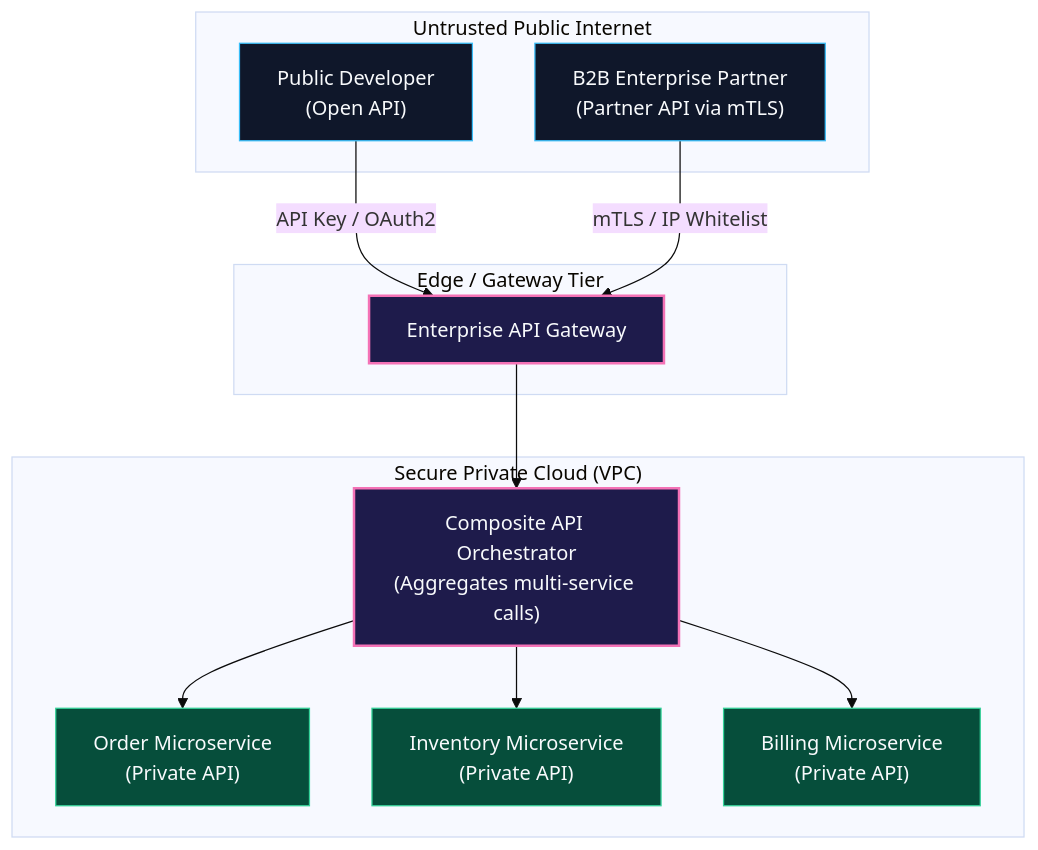
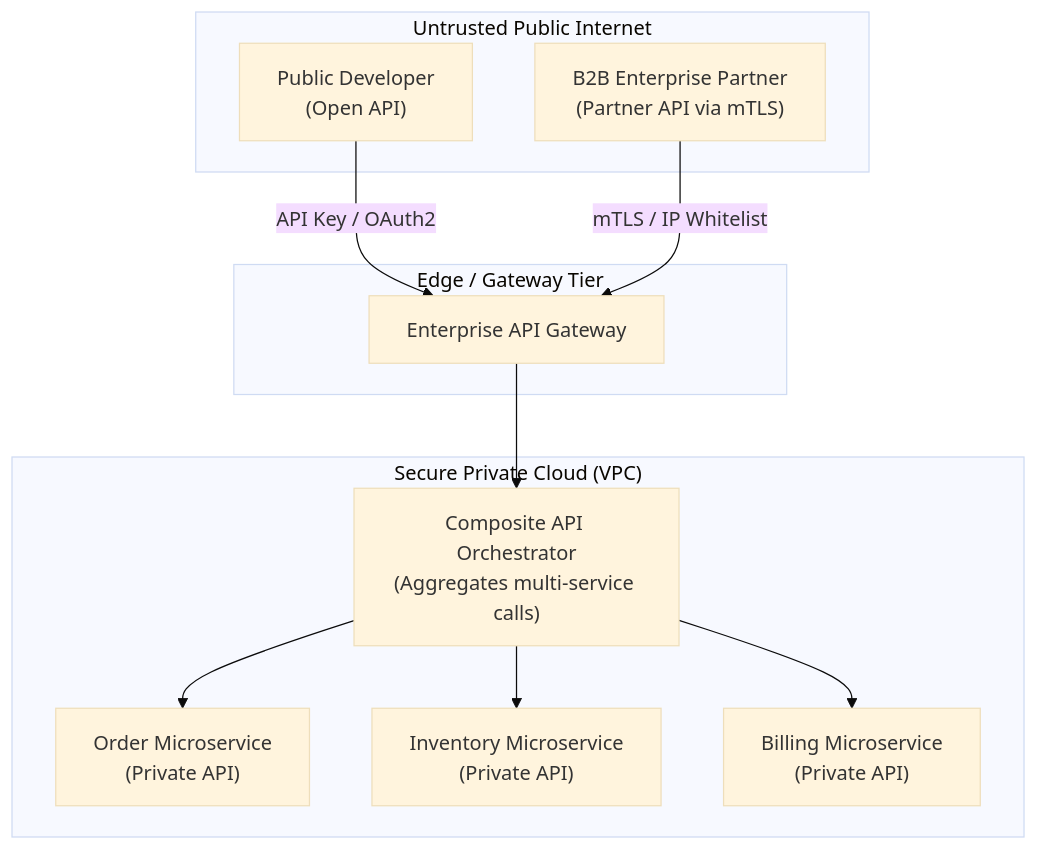
Before and after one commit to AkmKawser/System-Design: the tenth of 50 diagrams in topics/0.FUNDAMENTALS/API Architecture and Design/output/Note_version-1_API_Architecture_and_Design/API_Architecture_and_Design.md, drawn with Mermaid (base theme). The commit also changed other lines of this file and 6 other files, not shown here.

Commit message:
fix(diagrams): remove dark fills and rects to ensure full visibility on GitHub light theme

````diff
--- a/topics/0.FUNDAMENTALS/API Architecture and Design/output/Note_version-1_API_Architecture_and_Design/API_Architecture_and_Design.md
+++ b/topics/0.FUNDAMENTALS/API Architecture and Design/output/Note_version-1_API_Architecture_and_Design/API_Architecture_and_Design.md
@@ -471,33 +426,25 @@
 ```mermaid
 flowchart TD
     subgraph PublicNet["Untrusted Public Internet"]
         PublicUser["Public Developer\n(Open API)"]
         PartnerCorp["B2B Enterprise Partner\n(Partner API via mTLS)"]
     end
 
     subgraph Perimeter["Edge / Gateway Tier"]
         Gateway["Enterprise API Gateway"]
     end
 
     subgraph InternalVPC["Secure Private Cloud (VPC)"]
         Composite["Composite API Orchestrator\n(Aggregates multi-service calls)"]
         SvcA["Order Microservice\n(Private API)"]
         SvcB["Inventory Microservice\n(Private API)"]
         SvcC["Billing Microservice\n(Private API)"]
     end
 
     PublicUser -->|"API Key / OAuth2"| Gateway
     PartnerCorp -->|"mTLS / IP Whitelist"| Gateway
     Gateway --> Composite
     Composite --> SvcA
     Composite --> SvcB
     Composite --> SvcC
-
-    classDef ext fill:#0f172a,stroke:#38bdf8,stroke-width:1px,color:#f8fafc;
-    classDef edge fill:#1e1b4b,stroke:#f472b6,stroke-width:2px,color:#f8fafc;
-    classDef pri fill:#064e3b,stroke:#34d399,stroke-width:1px,color:#f8fafc;
-
-    class PublicUser,PartnerCorp ext;
-    class Gateway,Composite edge;
-    class SvcA,SvcB,SvcC pri;
 ```
````
